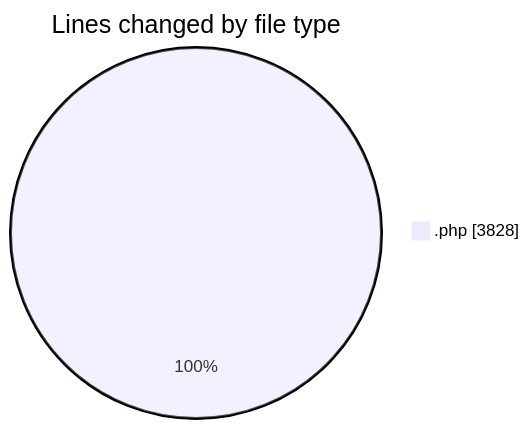
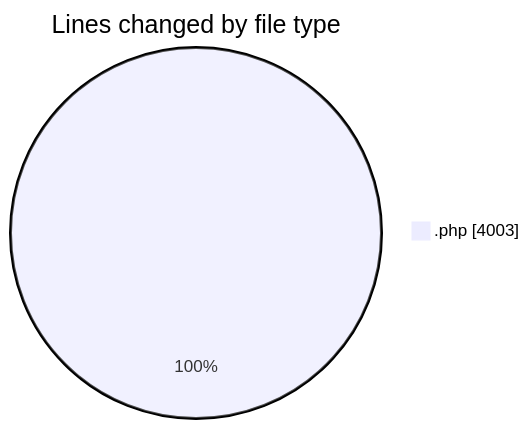
The first of 2 diagrams in 2025-10-03/untitled__workspace_/README.md (debugP/code-tracking), drawn with Mermaid before and after one commit. The commit also changed other lines of this file and 1 other file, not shown here.

````diff
--- a/2025-10-03/untitled__workspace_/README.md
+++ b/2025-10-03/untitled__workspace_/README.md
@@ -21,5 +21,5 @@
 ```mermaid
 pie showData
 title Lines changed by file type
-".php" : 3828
+".php" : 4003
 ```
````
